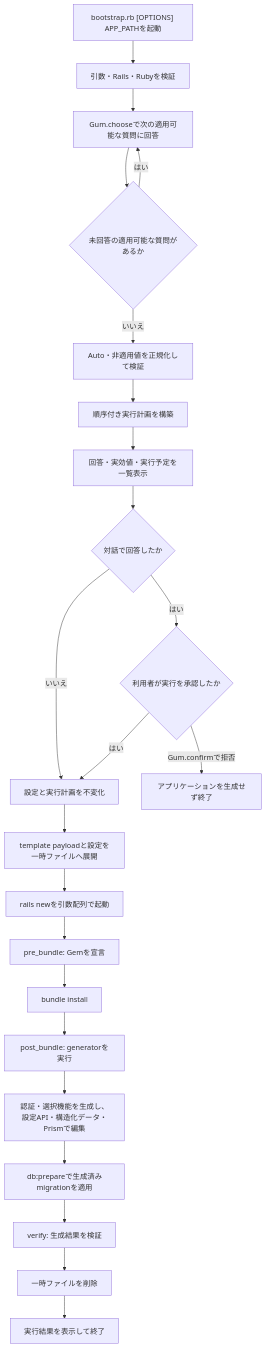
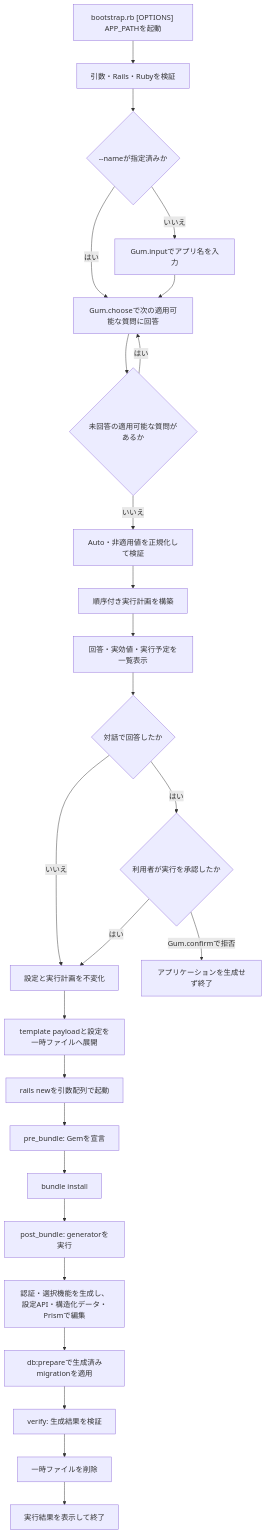
Before and after one commit to supermomonga/rapid-rails-template: the diagram in docs/template-flow.md, drawn with Mermaid. The commit also changed other lines of this file and 32 other files, not shown here.

````diff
--- a/docs/template-flow.md
+++ b/docs/template-flow.md
@@ -5,25 +5,28 @@
 ```mermaid
 flowchart TD
     A["bootstrap.rb [OPTIONS] APP_PATHを起動"] --> B["引数・Rails・Rubyを検証"]
-    B --> C["Gum.chooseで次の適用可能な質問に回答"]
+    B --> V{"--nameが指定済みか"}
+    V -->|いいえ| W["Gum.inputでアプリ名を入力"]
+    V -->|はい| C["Gum.chooseで次の適用可能な質問に回答"]
+    W --> C
     C --> D{"未回答の適用可能な質問があるか"}
     D -->|はい| C
     D -->|いいえ| E["Auto・非適用値を正規化して検証"]
     E --> F["順序付き実行計画を構築"]
     F --> G["回答・実効値・実行予定を一覧表示"]
     G --> H{"対話で回答したか"}
     H -->|いいえ| J["設定と実行計画を不変化"]
     H -->|はい| I{"利用者が実行を承認したか"}
     I -->|Gum.confirmで拒否| T["アプリケーションを生成せず終了"]
     I -->|はい| J
     J --> K["template payloadと設定を一時ファイルへ展開"]
     K --> L["rails newを引数配列で起動"]
     L --> M["pre_bundle: Gemを宣言"]
     M --> N["bundle install"]
     N --> O["post_bundle: generatorを実行"]
     O --> P["認証・選択機能を生成し、設定API・構造化データ・Prismで編集"]
     P --> Q["db:prepareで生成済みmigrationを適用"]
     Q --> U["verify: 生成結果を検証"]
     U --> R["一時ファイルを削除"]
     R --> S["実行結果を表示して終了"]
 ```
````
